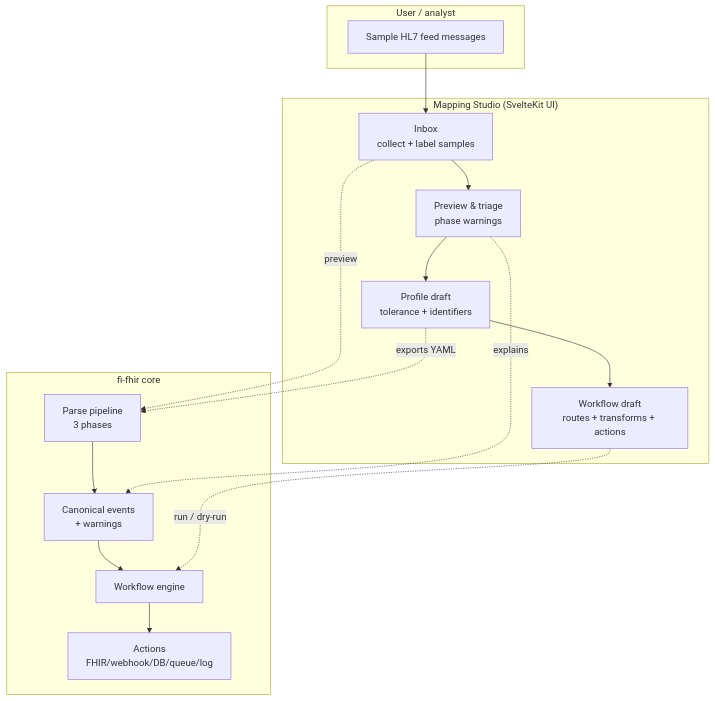
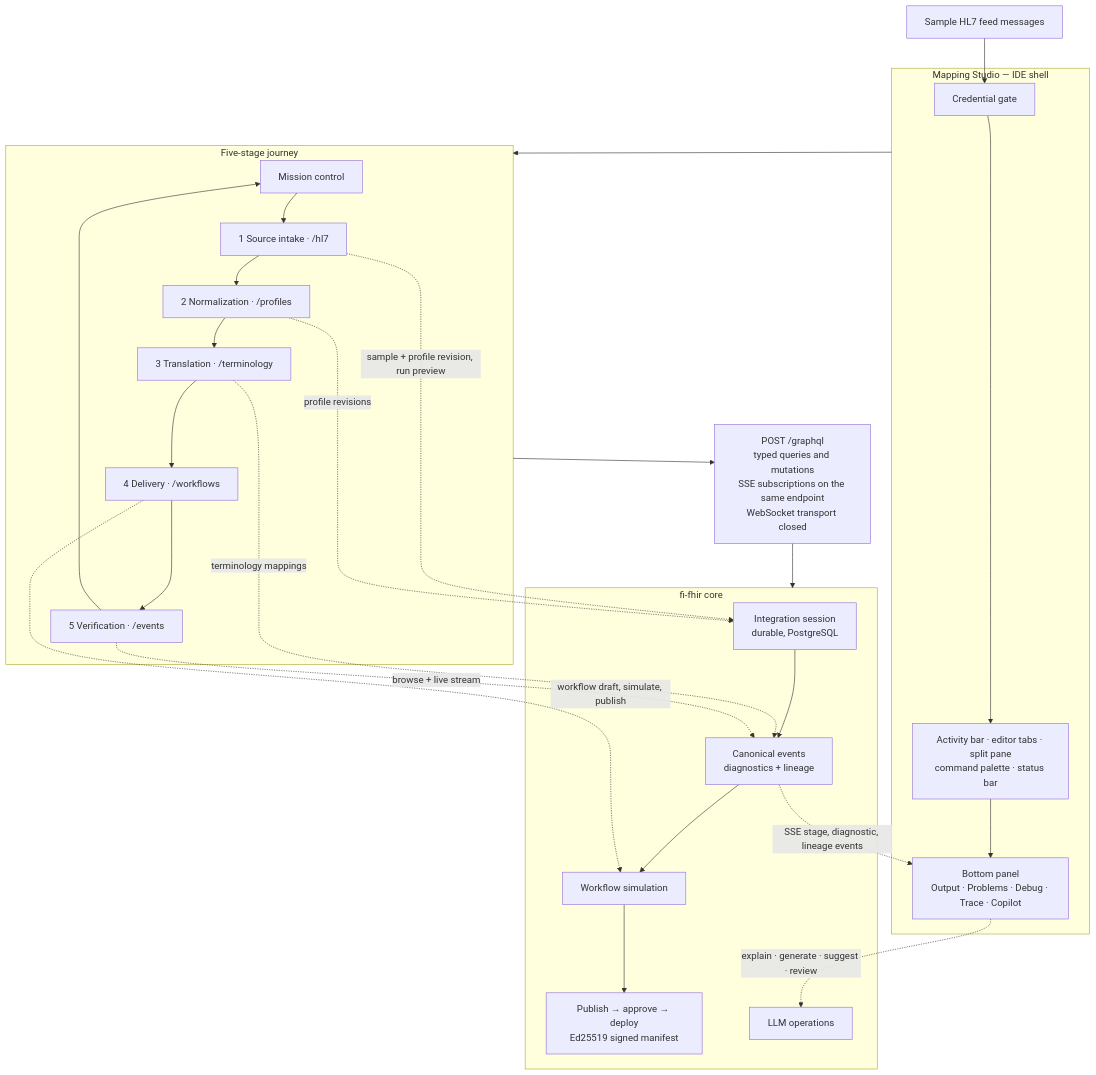
The diagram in docs/mermaid/ui-mapping-flow.mmd (crb2nu/fi-fhir), drawn with Mermaid before and after one commit. The commit also changed 10 other files, not shown here.

```diff
--- a/docs/mermaid/ui-mapping-flow.mmd
+++ b/docs/mermaid/ui-mapping-flow.mmd
@@ -1,26 +1,43 @@
 flowchart TB
-  subgraph USER["User / analyst"]
-    SAMPLES[Sample HL7 feed messages]
+  SAMPLES[Sample HL7 feed messages] --> GATE
+
+  subgraph SHELL["Mapping Studio — IDE shell"]
+    GATE[Credential gate]
+    CHROME[Activity bar · editor tabs · split pane<br/>command palette · status bar]
+    PANEL[Bottom panel<br/>Output · Problems · Debug · Trace · Copilot]
+    GATE --> CHROME --> PANEL
   end
 
-  subgraph UI["Mapping Studio (SvelteKit UI)"]
-    INBOX[Inbox<br/>collect + label samples]
-    TRIAGE[Preview & triage<br/>phase warnings]
-    PROFILE[Profile draft<br/>tolerance + identifiers]
-    WORKFLOW[Workflow draft<br/>routes + transforms + actions]
-    INBOX --> TRIAGE --> PROFILE --> WORKFLOW
+  subgraph JOURNEY["Five-stage journey"]
+    HUB[Mission control]
+    S1[1 Source intake · /hl7]
+    S2[2 Normalization · /profiles]
+    S3[3 Translation · /terminology]
+    S4[4 Delivery · /workflows]
+    S5[5 Verification · /events]
+    HUB --> S1 --> S2 --> S3 --> S4 --> S5 --> HUB
   end
 
+  TRANSPORT[POST /graphql<br/>typed queries and mutations<br/>SSE subscriptions on the same endpoint<br/>WebSocket transport closed]
+
   subgraph CORE["fi-fhir core"]
-    PARSE[Parse pipeline<br/>3 phases]
-    EVT[Canonical events<br/>+ warnings]
-    RUN[Workflow engine]
-    OUT[Actions<br/>FHIR/webhook/DB/queue/log]
-    PARSE --> EVT --> RUN --> OUT
+    SESSION[Integration session<br/>durable, PostgreSQL]
+    EVT[Canonical events<br/>diagnostics + lineage]
+    SIM[Workflow simulation]
+    PUB[Publish → approve → deploy<br/>Ed25519 signed manifest]
+    LLM[LLM operations]
+    SESSION --> EVT --> SIM --> PUB
   end
 
-  SAMPLES --> INBOX
-  INBOX -. preview .-> PARSE
-  PROFILE -. exports YAML .-> PARSE
-  TRIAGE -. explains .-> EVT
-  WORKFLOW -. run / dry-run .-> RUN
+  SHELL --> JOURNEY
+  JOURNEY --> TRANSPORT
+  TRANSPORT --> CORE
+
+  S1 -. sample + profile revision, run preview .-> SESSION
+  S2 -. profile revisions .-> SESSION
+  S3 -. terminology mappings .-> EVT
+  S4 -. workflow draft, simulate, publish .-> SIM
+  S5 -. browse + live stream .-> EVT
+
+  EVT -. SSE stage, diagnostic, lineage events .-> PANEL
+  PANEL -. explain · generate · suggest · review .-> LLM
```
